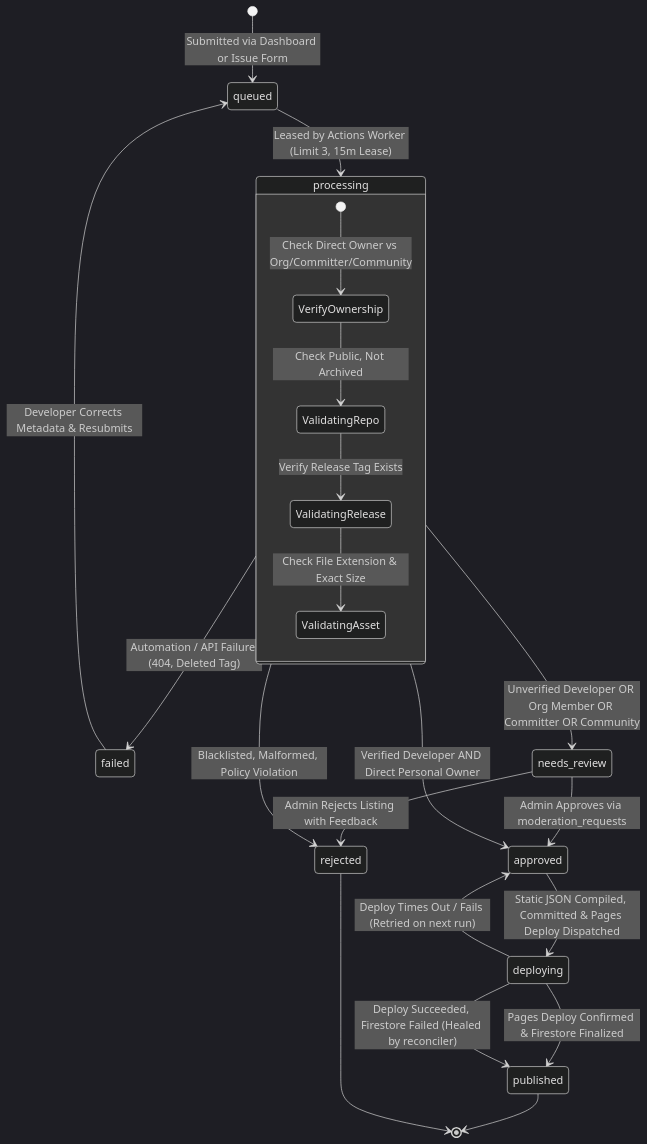
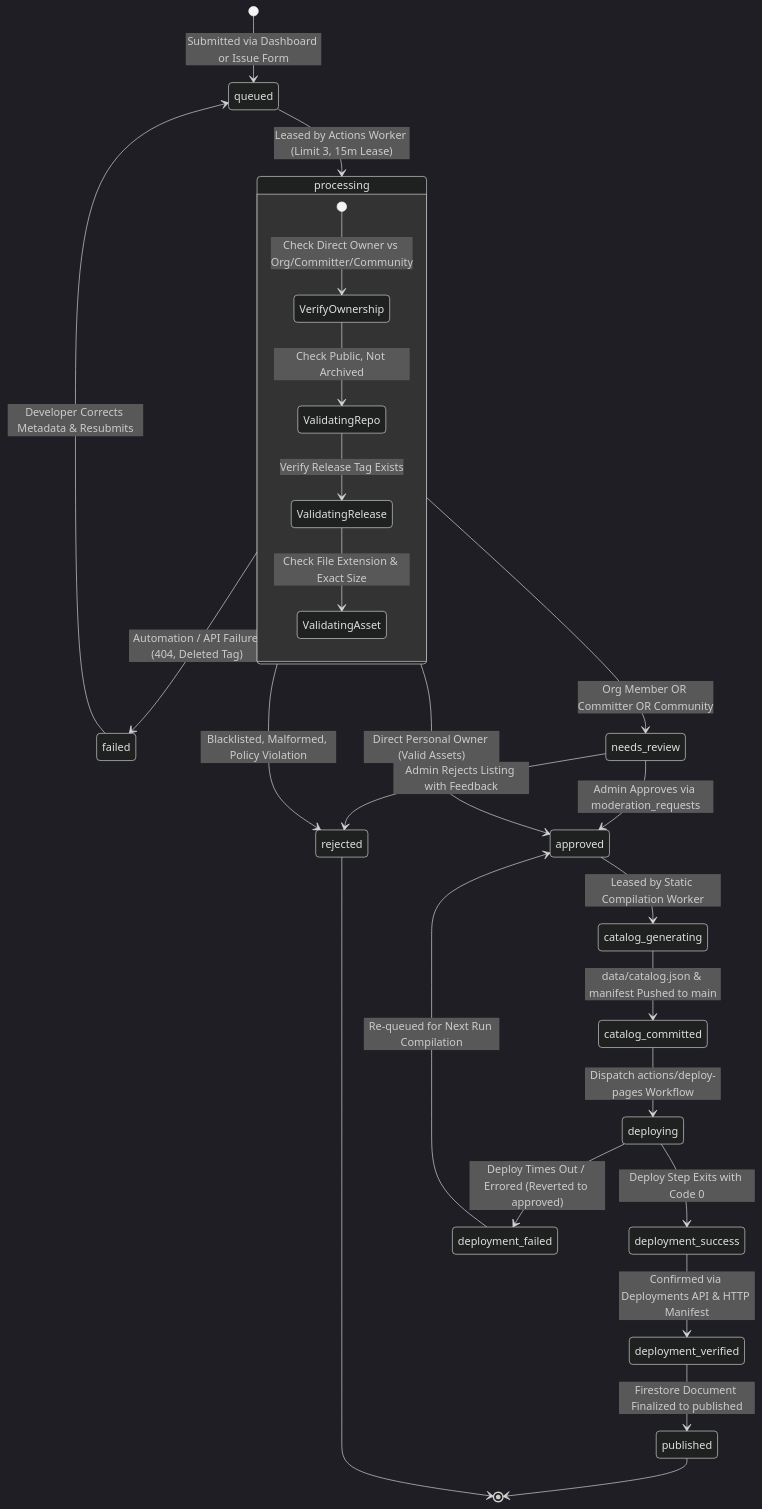
Before and after one commit to Rohitpvt/GitStore: the first of 2 diagrams in docs/SUBMISSION_PIPELINE.md, drawn with Mermaid (dark theme). The commit also changed other lines of this file and 13 other files, not shown here.

Commit message:
chore(phase-0.1.2): final security and architecture corrections

````diff
--- a/docs/SUBMISSION_PIPELINE.md
+++ b/docs/SUBMISSION_PIPELINE.md
@@ -25,29 +26,33 @@
 ```mermaid
 stateDiagram-v2
     [*] --> queued: Submitted via Dashboard or Issue Form
     queued --> processing: Leased by Actions Worker (Limit 3, 15m Lease)
     
     state processing {
         [*] --> VerifyOwnership: Check Direct Owner vs Org/Committer/Community
         VerifyOwnership --> ValidatingRepo: Check Public, Not Archived
         ValidatingRepo --> ValidatingRelease: Verify Release Tag Exists
         ValidatingRelease --> ValidatingAsset: Check File Extension & Exact Size
     }
 
     processing --> failed: Automation / API Failure (404, Deleted Tag)
     processing --> rejected: Blacklisted, Malformed, Policy Violation
     
-    processing --> needs_review: Unverified Developer OR Org Member OR Committer OR Community
-    processing --> approved: Verified Developer AND Direct Personal Owner
+    processing --> needs_review: Org Member OR Committer OR Community
+    processing --> approved: Direct Personal Owner (Valid Assets)
     
     needs_review --> approved: Admin Approves via moderation_requests
     needs_review --> rejected: Admin Rejects Listing with Feedback
     
-    approved --> deploying: Static JSON Compiled, Committed & Pages Deploy Dispatched
-    deploying --> published: Pages Deploy Confirmed & Firestore Finalized
-    deploying --> approved: Deploy Times Out / Fails (Retried on next run)
-    deploying --> published: Deploy Succeeded, Firestore Failed (Healed by reconciler)
+    approved --> catalog_generating: Leased by Static Compilation Worker
+    catalog_generating --> catalog_committed: data/catalog.json & manifest Pushed to main
+    catalog_committed --> deploying: Dispatch actions/deploy-pages Workflow
+    deploying --> deployment_success: Deploy Step Exits with Code 0
+    deployment_success --> deployment_verified: Confirmed via Deployments API & HTTP Manifest
+    deployment_verified --> published: Firestore Document Finalized to published
+    deploying --> deployment_failed: Deploy Times Out / Errored (Reverted to approved)
+    deployment_failed --> approved: Re-queued for Next Run Compilation
     published --> [*]
     failed --> queued: Developer Corrects Metadata & Resubmits
     rejected --> [*]
 ```
````
